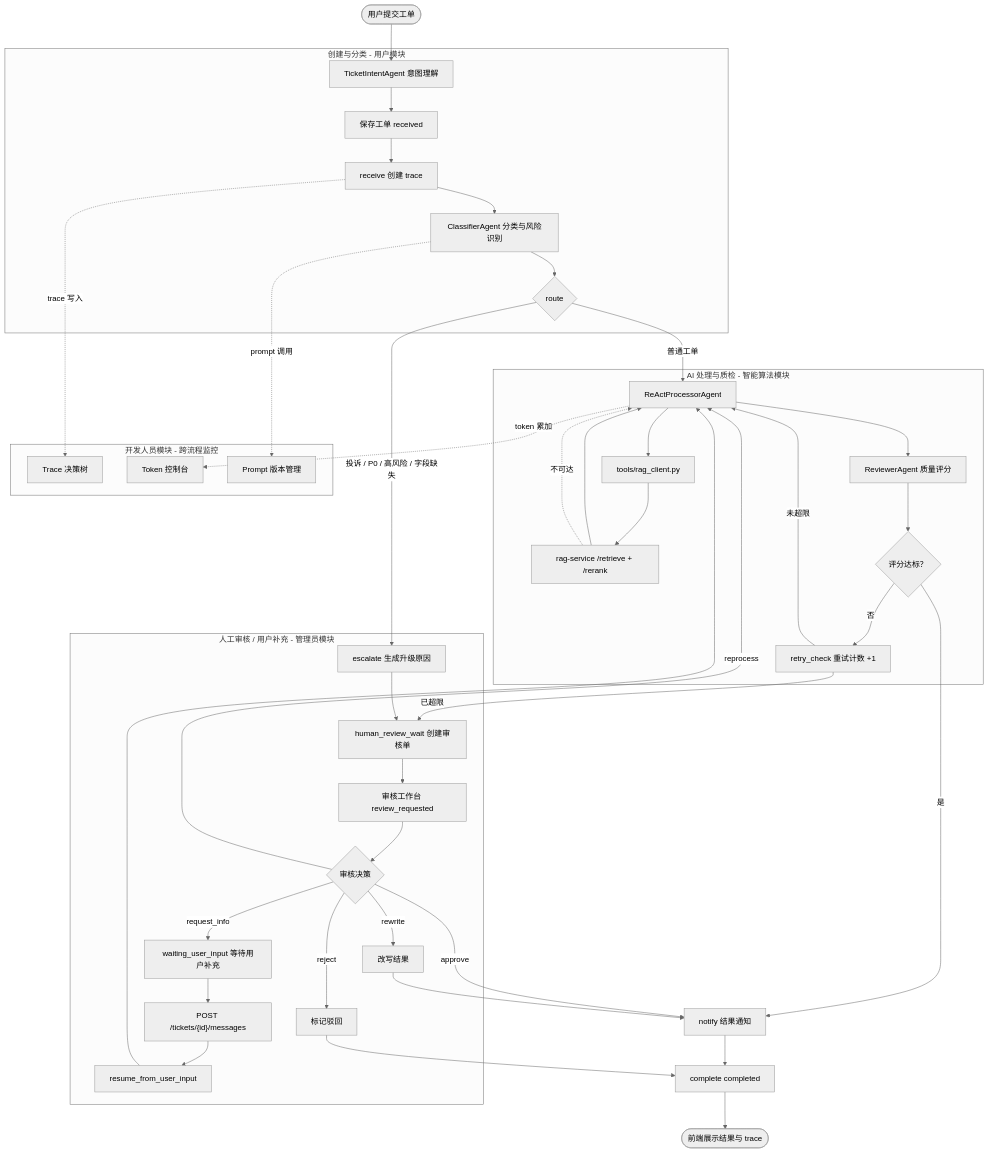
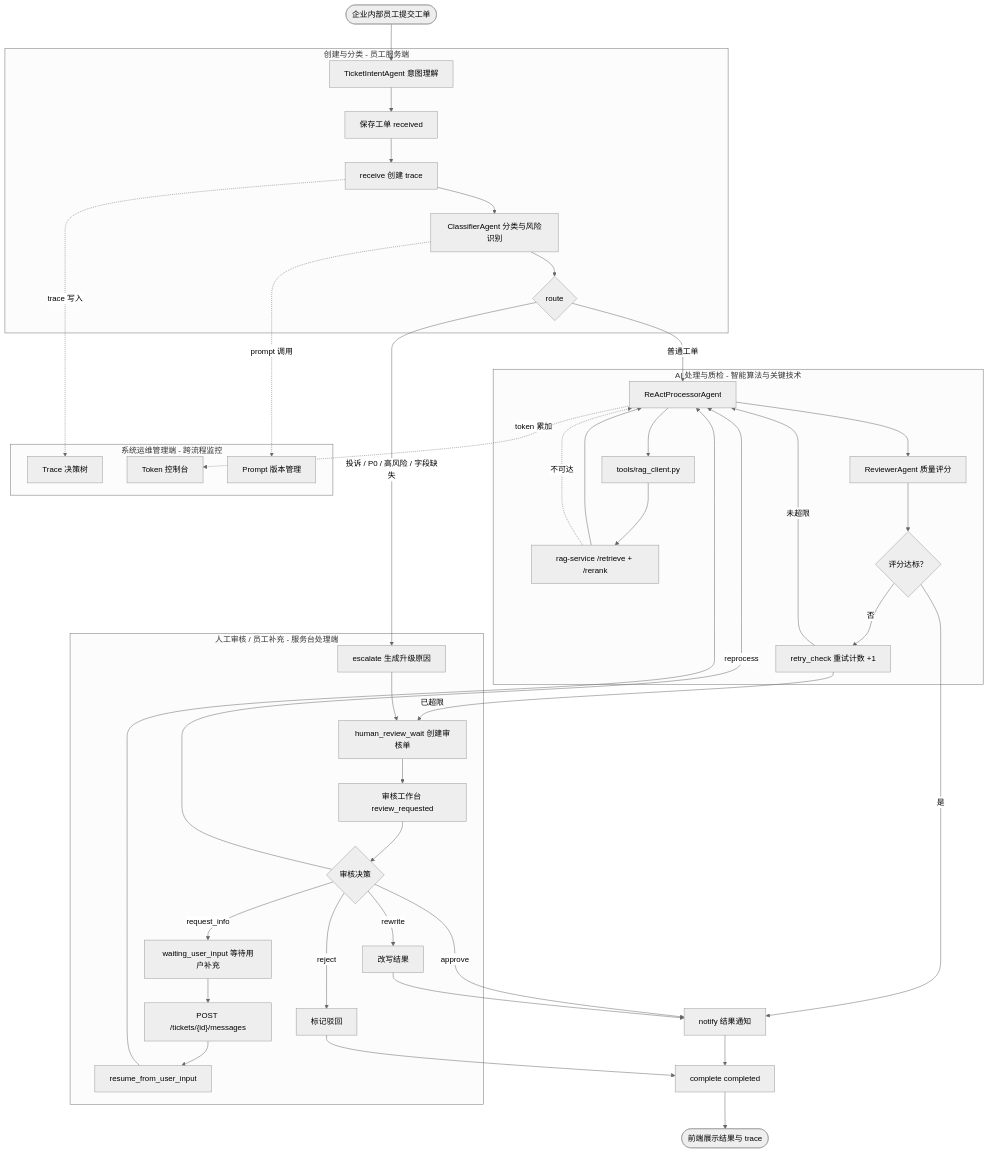
Before and after one commit to ArtLjn/ai-agent-learning: the second of 2 diagrams in docs/design-spec/00_预设计/02_系统功能与总体架构.md, drawn with Mermaid (neutral theme). The commit also changed other lines of this file and 39 other files, not shown here.

````diff
--- a/docs/design-spec/00_预设计/02_系统功能与总体架构.md
+++ b/docs/design-spec/00_预设计/02_系统功能与总体架构.md
@@ -165,62 +149,62 @@
 ```mermaid
 flowchart TB
-    Start([用户提交工单])
+    Start([企业内部员工提交工单])
 
-    subgraph S1[创建与分类 - 用户模块]
+    subgraph S1[创建与分类 - 员工服务端]
         Intent["TicketIntentAgent 意图理解"]
         Save["保存工单 received"]
         Receive["receive 创建 trace"]
         Classify["ClassifierAgent 分类与风险识别"]
         Route{"route"}
     end
 
-    subgraph S2[AI 处理与质检 - 智能算法模块]
+    subgraph S2[AI 处理与质检 - 智能算法与关键技术]
         Process["ReActProcessorAgent"]
         RagClient["tools/rag_client.py"]
         RagService["rag-service /retrieve + /rerank"]
         Review["ReviewerAgent 质量评分"]
         Gate{"评分达标？"}
         Retry["retry_check 重试计数 +1"]
     end
 
-    subgraph S3[人工审核 / 用户补充 - 管理员模块]
+    subgraph S3[人工审核 / 员工补充 - 服务台处理端]
         Escalate["escalate 生成升级原因"]
         Human["human_review_wait 创建审核单"]
         Queue["审核工作台 review_requested"]
         Decision{"审核决策"}
         Rewrite["改写结果"]
         Reject["标记驳回"]
         WaitUser["waiting_user_input 等待用户补充"]
         AddMsg["POST /tickets/{id}/messages"]
         Resume["resume_from_user_input"]
     end
 
-    subgraph S4[开发人员模块 - 跨流程监控]
+    subgraph S4[系统运维管理端 - 跨流程监控]
         Trace["Trace 决策树"]
         Token["Token 控制台"]
         Prompt["Prompt 版本管理"]
     end
 
     Start --> Intent --> Save --> Receive --> Classify --> Route
     Route -->|普通工单| Process
     Route -->|投诉 / P0 / 高风险 / 字段缺失| Escalate
     Process --> RagClient --> RagService --> Process
     RagService -.不可达.-> Process
     Process --> Review --> Gate
     Gate -->|是| Notify[notify 结果通知]
     Gate -->|否| Retry
     Retry -->|未超限| Process
     Retry -->|已超限| Human
     Escalate --> Human
     Human --> Queue --> Decision
     Decision -->|approve| Notify
     Decision -->|rewrite| Rewrite --> Notify
     Decision -->|reprocess| Process
     Decision -->|reject| Reject --> Complete[complete completed]
     Decision -->|request_info| WaitUser --> AddMsg --> Resume --> Process
     Notify --> Complete --> End([前端展示结果与 trace])
 
     Receive -.trace 写入.-> Trace
     Process -.token 累加.-> Token
     Classify -.prompt 调用.-> Prompt
 ```
````
